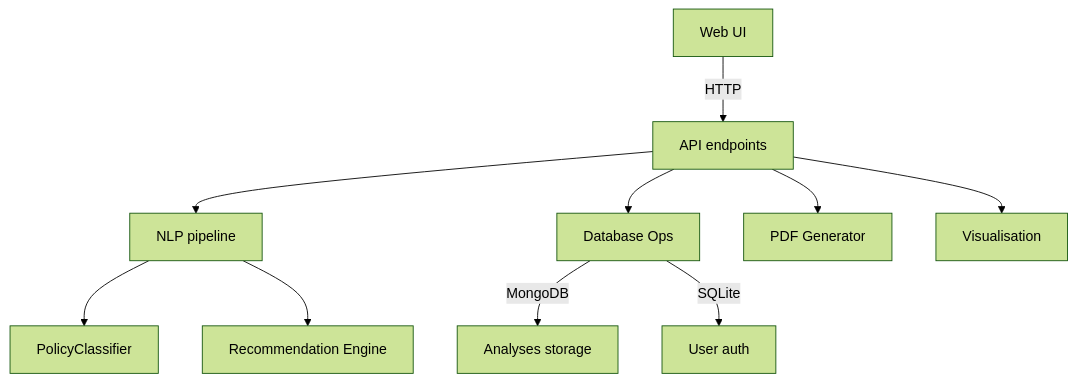
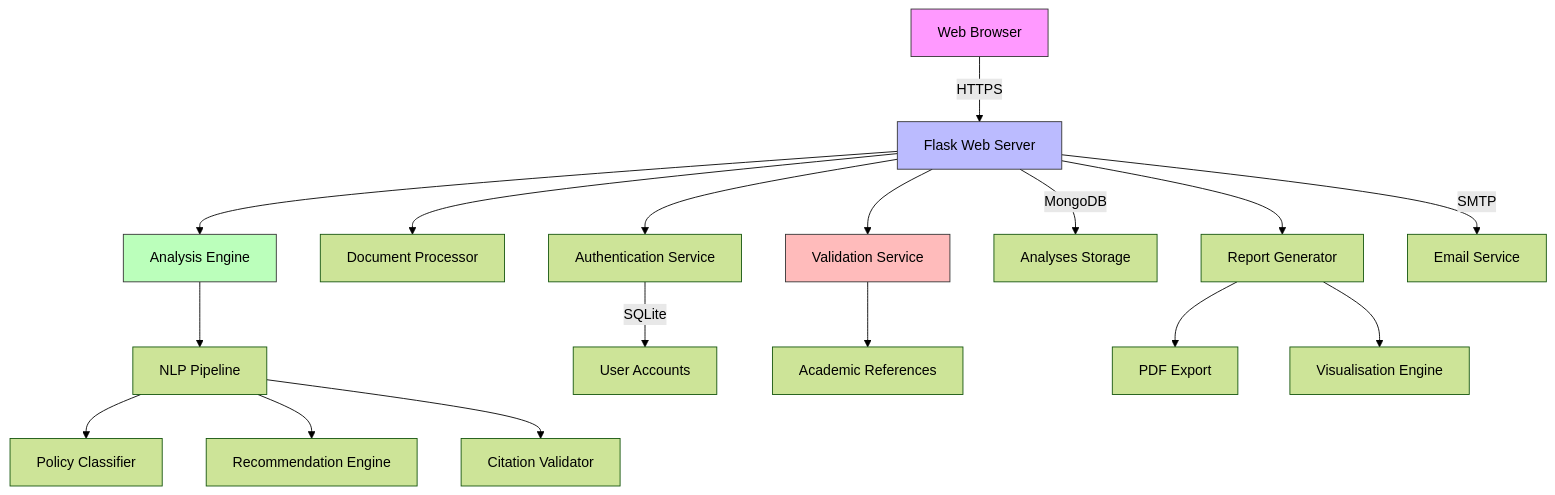
Before and after one commit to jacekkszczot/PolicyCraft: the diagram in App/PolicyCraft/docs/architecture.md, drawn with Mermaid (forest theme). The commit also changed other lines of this file and 22 other files, not shown here.

Commit message:
references, validation, end others bugs fixed and uploaded

````diff
--- a/App/PolicyCraft/docs/architecture.md
+++ b/App/PolicyCraft/docs/architecture.md
@@ -3,12 +3,33 @@
 ```mermaid
-graph TD;
-            A[Web UI] -->|HTTP| B[API endpoints]
-            B --> C[NLP pipeline]
-            C --> D[PolicyClassifier]
-            C --> E[Recommendation Engine]
-            B --> F[Database Ops]
-            F -->|MongoDB| G[Analyses storage]
-            F -->|SQLite| H[User auth]
-            B --> I[PDF Generator]
-            B --> J[Visualisation]
+graph TD
+    %% Main Components
+    A[Web Browser] -->|HTTPS| B[Flask Web Server]
+    B --> C[Authentication Service]
+    B --> D[Document Processor]
+    B --> E[Analysis Engine]
+    B --> F[Validation Service]
+    
+    %% Analysis Engine Components
+    E --> E1[NLP Pipeline]
+    E1 --> E2[Policy Classifier]
+    E1 --> E3[Recommendation Engine]
+    E1 --> E4[Citation Validator]
+    
+    %% Data Storage
+    B -->|MongoDB| G[Analyses Storage]
+    C -->|SQLite| H[User Accounts]
+    F --> I[Academic References]
+    
+    %% Output Generation
+    B --> J[Report Generator]
+    J --> K[PDF Export]
+    J --> L[Visualisation Engine]
+    
+    %% External Services
+    B -->|SMTP| M[Email Service]
+    
+    style A fill:#f9f,stroke:#333
+    style B fill:#bbf,stroke:#333
+    style E fill:#bfb,stroke:#333
+    style F fill:#fbb,stroke:#333
 ```
````
